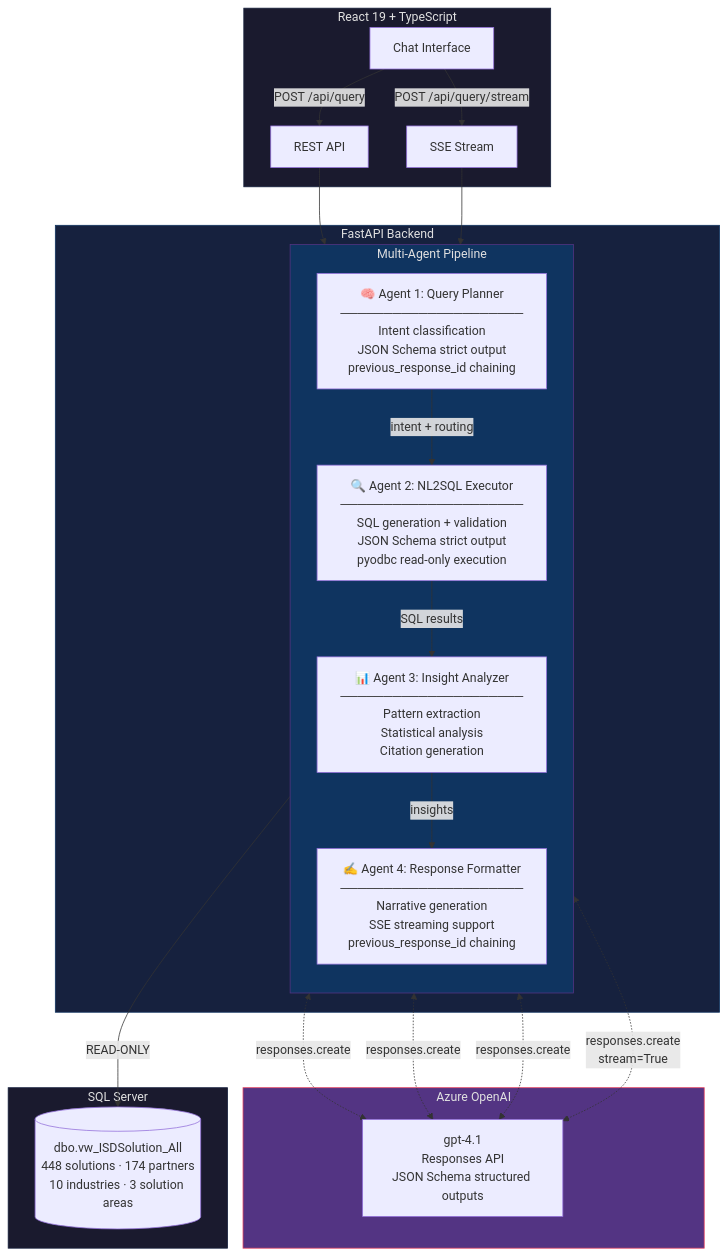
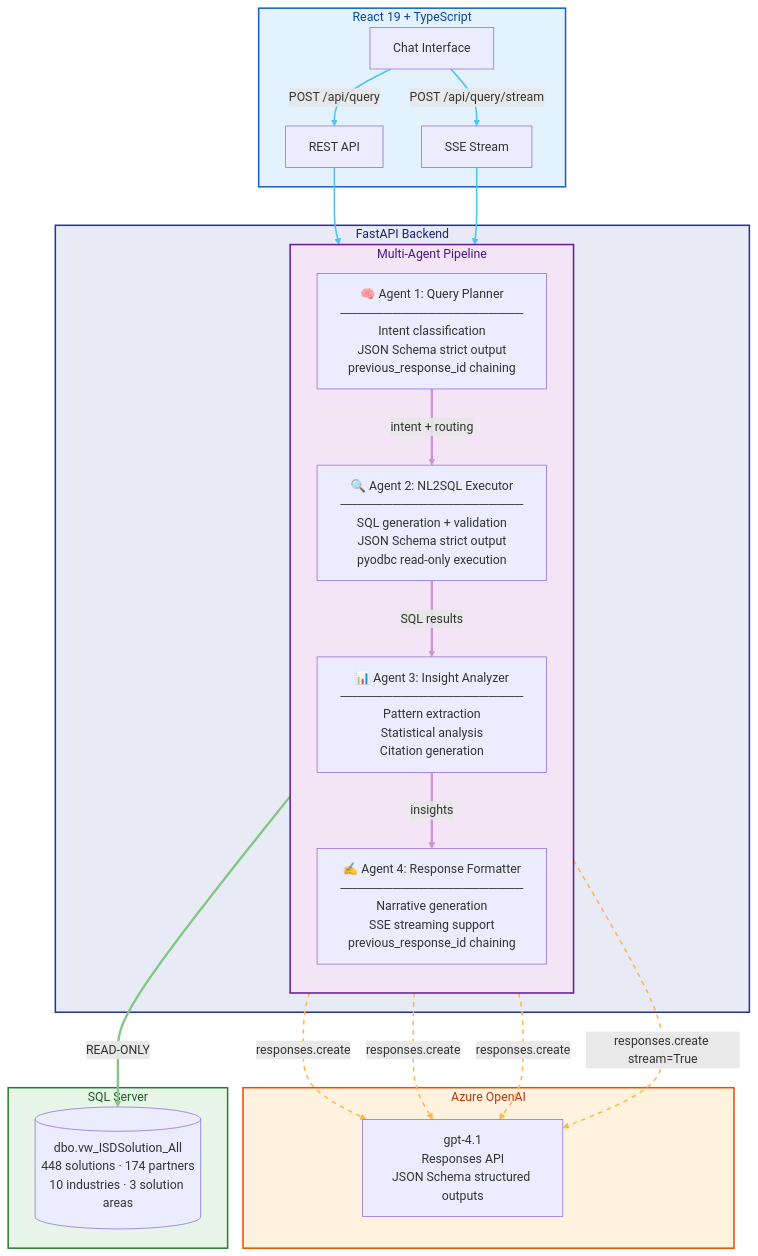
Before and after one commit to Arturo-Quiroga-MSFT/Industry-Solutions-Directory-PRO-Code: the diagram in README.md, drawn with Mermaid.

Commit message:
Mermaid diagram: improve line visibility with thick strokes, light fills, color-coded links

````diff
--- a/README.md
+++ b/README.md
@@ -44,43 +44,48 @@
 ```mermaid
 flowchart TB
     subgraph Frontend["React 19 + TypeScript"]
         UI[Chat Interface] -->|POST /api/query| API
         UI -->|POST /api/query/stream| SSE[SSE Stream]
     end
 
     subgraph Backend["FastAPI Backend"]
         API[REST API] --> Pipeline
         SSE --> Pipeline
     end
 
     subgraph Pipeline["Multi-Agent Pipeline"]
         direction TB
         A1["🧠 Agent 1: Query Planner\n─────────────────────\nIntent classification\nJSON Schema strict output\nprevious_response_id chaining"]
         A2["🔍 Agent 2: NL2SQL Executor\n─────────────────────\nSQL generation + validation\nJSON Schema strict output\npyodbc read-only execution"]
         A3["📊 Agent 3: Insight Analyzer\n─────────────────────\nPattern extraction\nStatistical analysis\nCitation generation"]
         A4["✍️ Agent 4: Response Formatter\n─────────────────────\nNarrative generation\nSSE streaming support\nprevious_response_id chaining"]
-        A1 -->|intent + routing| A2
-        A2 -->|SQL results| A3
-        A3 -->|insights| A4
+        A1 ==>|intent + routing| A2
+        A2 ==>|SQL results| A3
+        A3 ==>|insights| A4
     end
 
     subgraph LLM["Azure OpenAI"]
         GPT["gpt-4.1\nResponses API\nJSON Schema structured outputs"]
     end
 
     subgraph DB["SQL Server"]
         SQL[("dbo.vw_ISDSolution_All\n448 solutions · 174 partners\n10 industries · 3 solution areas")]
     end
 
-    A1 <-.->|responses.create| GPT
-    A2 <-.->|responses.create| GPT
-    A3 <-.->|responses.create| GPT
-    A4 <-.->|responses.create\nstream=True| GPT
-    A2 -->|READ-ONLY| SQL
+    A1 -.->|responses.create| GPT
+    A2 -.->|responses.create| GPT
+    A3 -.->|responses.create| GPT
+    A4 -.->|responses.create stream=True| GPT
+    A2 ==>|READ-ONLY| SQL
 
-    style Frontend fill:#1a1a2e,stroke:#16213e,color:#e0e0e0
-    style Backend fill:#16213e,stroke:#0f3460,color:#e0e0e0
-    style Pipeline fill:#0f3460,stroke:#533483,color:#e0e0e0
-    style LLM fill:#533483,stroke:#e94560,color:#e0e0e0
-    style DB fill:#1a1a2e,stroke:#16213e,color:#e0e0e0
+    linkStyle 0,1,2,3 stroke:#4fc3f7,stroke-width:2px
+    linkStyle 4,5,6 stroke:#ce93d8,stroke-width:3px
+    linkStyle 7,8,9,10 stroke:#ffb74d,stroke-width:2px,stroke-dasharray:6
+    linkStyle 11 stroke:#81c784,stroke-width:3px
+
+    style Frontend fill:#e3f2fd,stroke:#1565c0,stroke-width:2px,color:#0d47a1
+    style Backend fill:#e8eaf6,stroke:#283593,stroke-width:2px,color:#1a237e
+    style Pipeline fill:#f3e5f5,stroke:#6a1b9a,stroke-width:2px,color:#4a148c
+    style LLM fill:#fff3e0,stroke:#e65100,stroke-width:2px,color:#bf360c
+    style DB fill:#e8f5e9,stroke:#2e7d32,stroke-width:2px,color:#1b5e20
 ```
````
